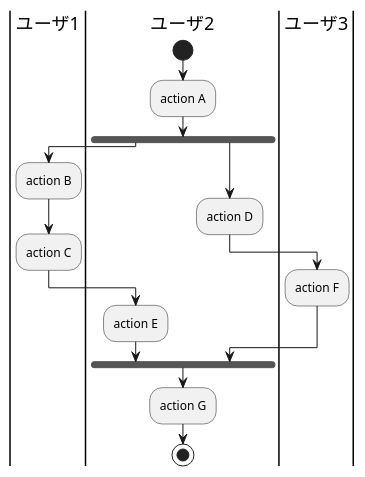
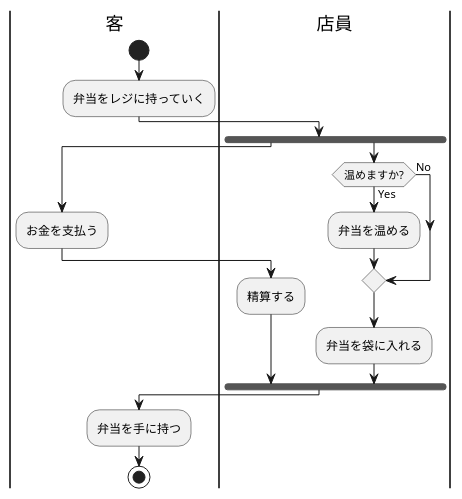
Before and after one commit to allface017/uml-introduction: the diagram in 図7-10_AC_コンビニで弁当買う.pu, drawn with PlantUML.

```diff
--- a/図7-10_AC_コンビニで弁当買う.pu
+++ b/図7-10_AC_コンビニで弁当買う.pu
@@ -1,30 +1,32 @@
 @startuml アクティビティ図の例
-|ユーザ1|
-|ユーザ1|
-|ユーザ2|
-|ユーザ2|
-|ユーザ3|
-|ユーザ3|
-|ユーザ2|
+|客|
+|客|
+|店員|
+|店員|
+
+
+|客|
 start
-:action A;
+:弁当をレジに持っていく;
+|店員|
 fork
-|ユーザ2|
-|ユーザ1|
-:action B;
-:action C;
-|ユーザ1|
-|ユーザ2|
-:action E;
+|客|
+:お金を支払う;
+|客|
+|店員|
+:精算する;
 fork again
-:action D;
-|ユーザ2|
-|ユーザ3|
-:action F;
-|ユーザ3|
-|ユーザ2|
+if (温めますか?) then (Yes)
+:弁当を温める;
+else (No)
+endif
+|店員|
+:弁当を袋に入れる;
+
+|店員|
 end fork
-:action G;
+|店員|
+|客|
+:弁当を手に持つ;
 stop
-|ユーザ2|
 @enduml
```
